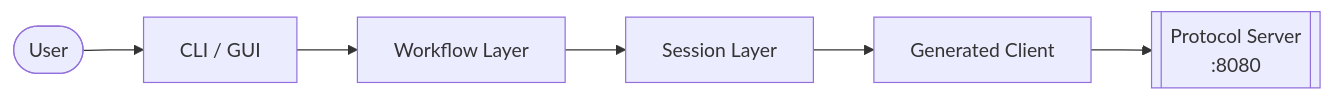
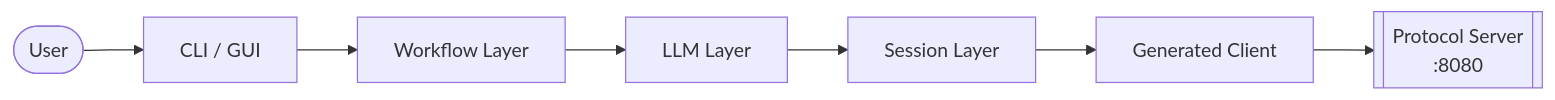
Before and after one commit to Congiuntivo/cams-nli-engine: the diagram in README.md, drawn with Mermaid. The commit also changed other lines of this file and 22 other files, not shown here.

Commit message:
feat: add LLM layer, dummy_llm workflow, and verbose trace

````diff
--- a/README.md
+++ b/README.md
@@ -7,11 +7,12 @@
 ```mermaid
 flowchart LR
     User(["User"])
     CLIGUI["CLI / GUI"]
     WF["Workflow Layer"]
+    LLM["LLM Layer"]
     SL["Session Layer"]
     GC["Generated Client"]
     PS[["Protocol Server\n:8080"]]
 
-    User --> CLIGUI --> WF --> SL --> GC --> PS
+    User --> CLIGUI --> WF --> LLM --> SL --> GC --> PS
 ```
````
